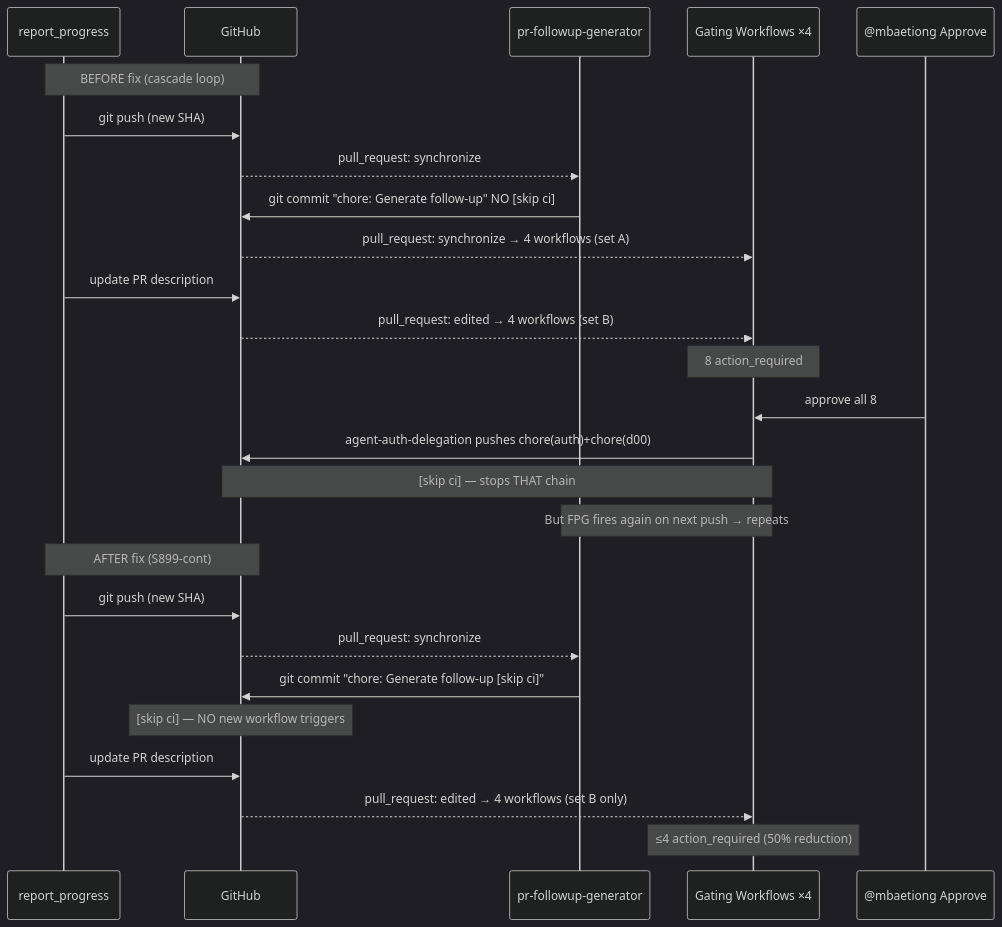
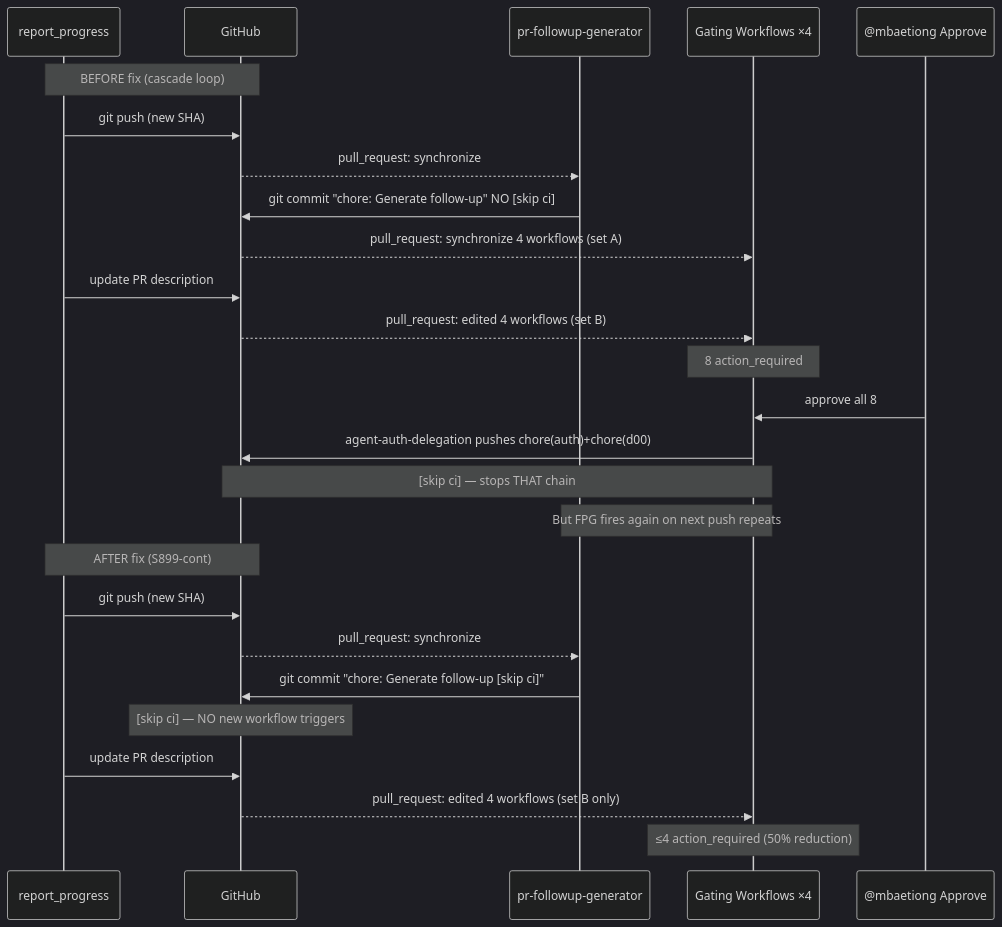
One commit to Aries-Serpent/_codex_ changed the fifth of 5 diagrams in docs/roadmap/PR4368_session_diagram.md. Above: the diagram before and after it, drawn with Mermaid (dark theme). The commit also changed other lines of this file and 4117 other files, not shown here.

````diff
--- a/docs/roadmap/PR4368_session_diagram.md
+++ b/docs/roadmap/PR4368_session_diagram.md
@@ -142,31 +161,37 @@
 ```mermaid
 %%{init: {'accessibility': {'title': 'Sequence Diagram showing skip ci, skip ci'}}%%
+
 sequenceDiagram
-    participant RP as report_progress
-    participant GH as GitHub
-    participant FPG as pr-followup-generator
-    participant GATE as Gating Workflows ×4
-    participant APPROVE as @mbaetiong Approve
+ participant RP as report_progress
+ participant GH as GitHub
+ participant FPG as pr-followup-generator
+ participant GATE as Gating Workflows ×4
+ participant APPROVE as @mbaetiong Approve
 
-    Note over RP,GH: BEFORE fix (cascade loop)
-    RP->>GH: git push (new SHA)
-    GH-->>FPG: pull_request: synchronize
-    FPG->>GH: git commit "chore: Generate follow-up"  NO [skip ci]
-    GH-->>GATE: pull_request: synchronize → 4 workflows (set A)
-    RP->>GH: update PR description
-    GH-->>GATE: pull_request: edited → 4 workflows (set B)
-    Note over GATE: 8 action_required
-    APPROVE->>GATE: approve all 8
-    GATE->>GH: agent-auth-delegation pushes chore(auth)+chore(d00)
-    Note over GH,GATE: [skip ci]  — stops THAT chain
-    Note over FPG,GATE: But FPG fires again on next push → repeats
+ Note over RP,GH: BEFORE fix (cascade loop)
+ RP->>GH: git push (new SHA)
 
-    Note over RP,GH: AFTER fix (S899-cont)
-    RP->>GH: git push (new SHA)
-    GH-->>FPG: pull_request: synchronize
-    FPG->>GH: git commit "chore: Generate follow-up [skip ci]" 
-    Note over GH: [skip ci] — NO new workflow triggers
-    RP->>GH: update PR description
-    GH-->>GATE: pull_request: edited → 4 workflows (set B only)
-    Note over GATE: ≤4 action_required (50% reduction)
+ GH-->>FPG: pull_request: synchronize
+ FPG->>GH: git commit "chore: Generate follow-up" NO [skip ci]
+
+ GH-->>GATE: pull_request: synchronize 4 workflows (set A)
+ RP->>GH: update PR description
+
+ GH-->>GATE: pull_request: edited 4 workflows (set B)
+ Note over GATE: 8 action_required
+ APPROVE->>GATE: approve all 8
+ GATE->>GH: agent-auth-delegation pushes chore(auth)+chore(d00)
+ Note over GH,GATE: [skip ci] — stops THAT chain
+ Note over FPG,GATE: But FPG fires again on next push repeats
+
+ Note over RP,GH: AFTER fix (S899-cont)
+ RP->>GH: git push (new SHA)
+
+ GH-->>FPG: pull_request: synchronize
+ FPG->>GH: git commit "chore: Generate follow-up [skip ci]" 
+ Note over GH: [skip ci] — NO new workflow triggers
+ RP->>GH: update PR description
+
+ GH-->>GATE: pull_request: edited 4 workflows (set B only)
+ Note over GATE: ≤4 action_required (50% reduction)
 ```
````
